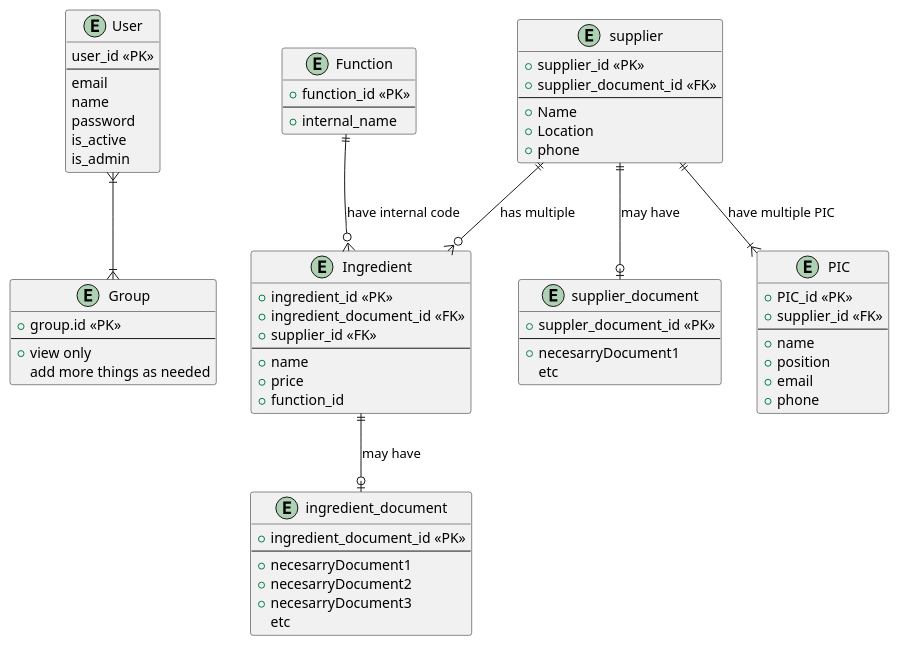
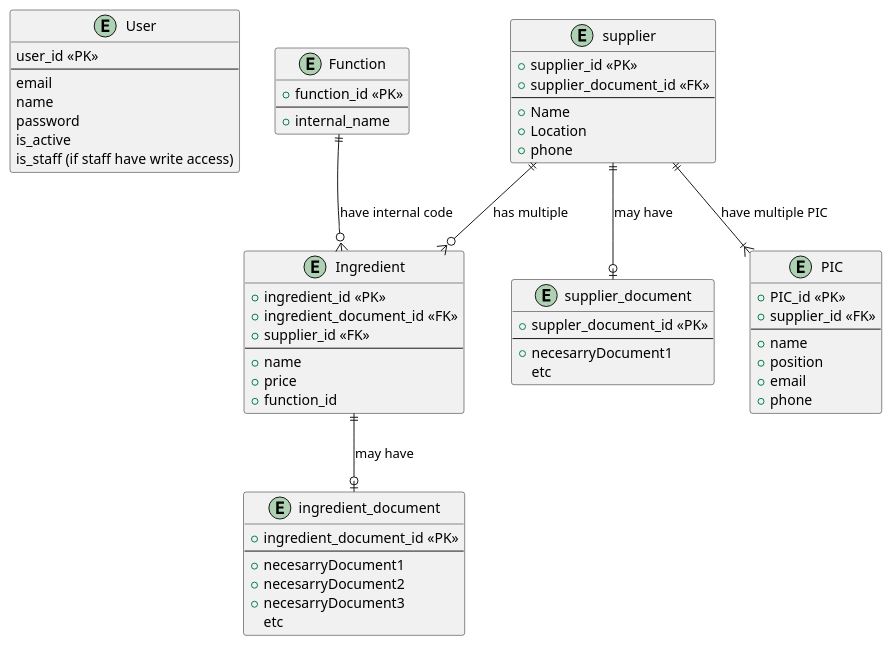
One commit to Revelvol/supplierManagementApi changed the diagram in DatabaseDesign.puml. Above: the diagram before and after it, drawn with PlantUML. The commit also changed 6 other files, not shown here.

```diff
--- a/DatabaseDesign.puml
+++ b/DatabaseDesign.puml
@@ -1,83 +1,77 @@
 @startuml
 
 entity User {
    user_id <<PK>>
    --
    email
    name
    password
    is_active
-   is_admin
+   is_staff (if staff have write access)
 }
 
 entity Ingredient {
   +ingredient_id <<PK>>
 +ingredient_document_id <<FK>>
   +supplier_id <<FK>>
   --
   +name
   +price
   +function_id
 }
 
 entity Function {
   +function_id <<PK>>
   --
   +internal_name
 }
 
 entity ingredient_document {
   +ingredient_document_id <<PK>>
   --
   +necesarryDocument1
   +necesarryDocument2
   +necesarryDocument3
   etc
 }
 
 entity supplier {
   +supplier_id <<PK>>
   +supplier_document_id <<FK>>
   --
   +Name
   +Location
   +phone
 }
 
 entity supplier_document {
   +suppler_document_id <<PK>>
   --
   +necesarryDocument1
   etc
 }
 
 entity PIC{
   +PIC_id <<PK>>
   +supplier_id <<FK>>
   --
   +name
   +position
   +email
   +phone
 }
 
-entity Group {
-+group.id <<PK>>
---
-+view only
-add more things as needed
-}
+
 
 supplier ||--o{ Ingredient : has multiple
 
 supplier ||--o| supplier_document : may have
 
 Function ||--o{ Ingredient : have internal code
 
 Ingredient ||--o| ingredient_document : may have
 
 supplier ||--|{ PIC : have multiple PIC
 
-User }|--|{ Group
 
 @enduml
```
